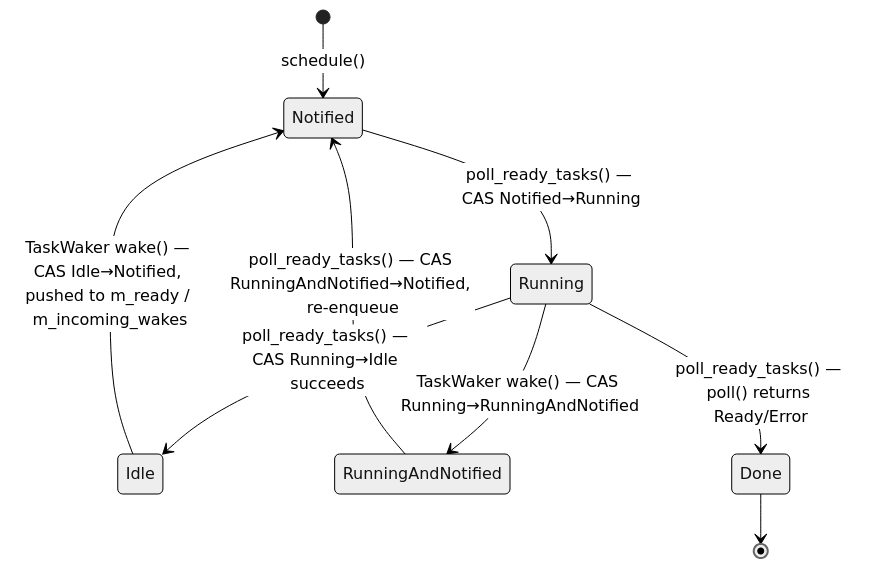
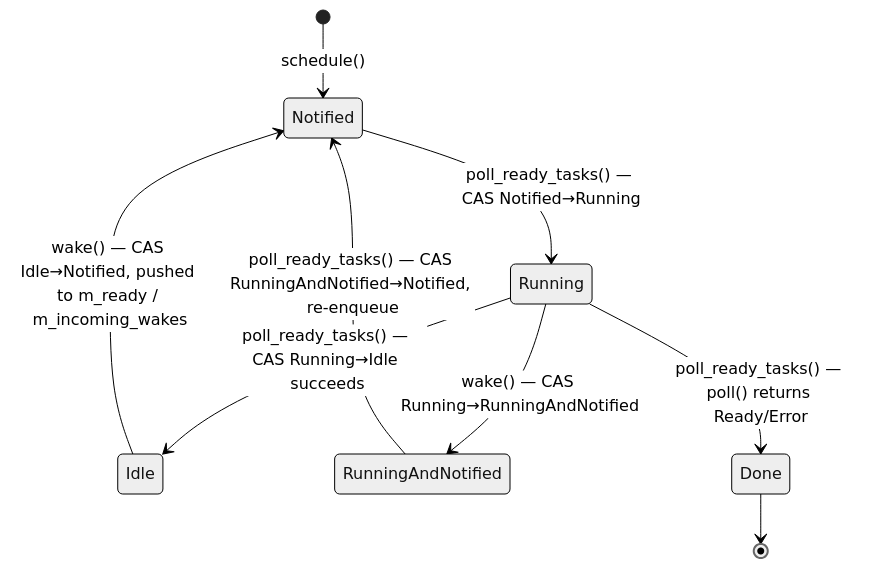
One commit to bts164/coro changed the first of 3 diagrams in doc/executor_design.md. Above: the diagram before and after it, drawn with Mermaid (neutral theme). The commit also changed other lines of this file and 42 other files, not shown here.

Commit message:
Eliminated the TaskWaker and made the task itself the waker. Also added OwnedTask and use weak_ptrs to break the circular task references.

````diff
--- a/doc/executor_design.md
+++ b/doc/executor_design.md
@@ -312,11 +314,11 @@
 ```mermaid
 stateDiagram-v2
     [*] --> Notified : schedule()
     Notified --> Running : poll_ready_tasks() — CAS Notified→Running
     Running --> Idle : poll_ready_tasks() — CAS Running→Idle succeeds
-    Running --> RunningAndNotified : TaskWaker wake() — CAS Running→RunningAndNotified
+    Running --> RunningAndNotified : wake() — CAS Running→RunningAndNotified
     RunningAndNotified --> Notified : poll_ready_tasks() — CAS RunningAndNotified→Notified, re-enqueue
     Running --> Done : poll_ready_tasks() — poll() returns Ready/Error
-    Idle --> Notified : TaskWaker wake() — CAS Idle→Notified, pushed to m_ready / m_incoming_wakes
+    Idle --> Notified : wake() — CAS Idle→Notified, pushed to m_ready / m_incoming_wakes
     Done --> [*]
 ```
````
